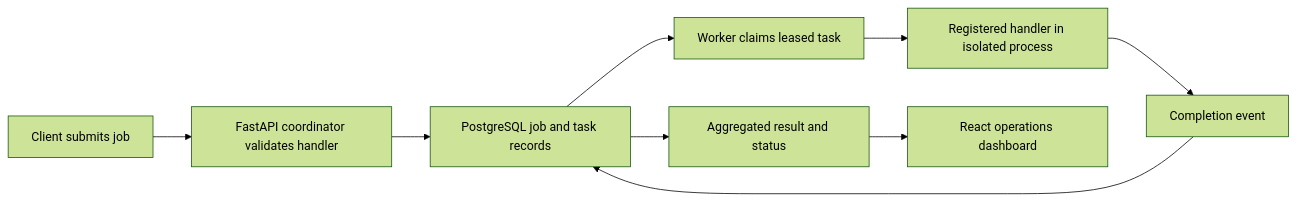
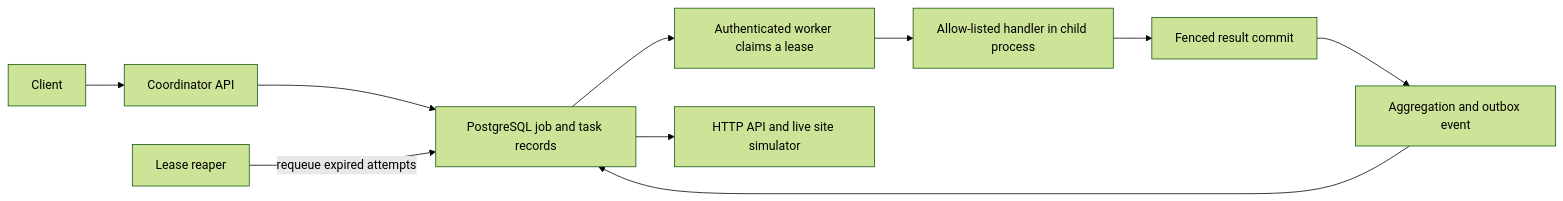
Before and after one commit to nihalmachhi/MeshCompute: the diagram in README.md, drawn with Mermaid (forest theme). The commit also changed other lines of this file and 24 other files, not shown here.

````diff
--- a/README.md
+++ b/README.md
@@ -18,11 +16,12 @@
 ```mermaid
 flowchart LR
-  A[Client submits job] --> B[FastAPI coordinator validates handler]
+  A[Client] --> B[Coordinator API]
   B --> C[PostgreSQL job and task records]
-  C --> D[Worker claims leased task]
-  D --> E[Registered handler in isolated process]
-  E --> F[Completion event]
-  F --> C
-  C --> G[Aggregated result and status]
-  G --> H[React operations dashboard]
+  C --> D[Authenticated worker claims a lease]
+  D --> E[Allow-listed handler in child process]
+  E --> F[Fenced result commit]
+  F --> G[Aggregation and outbox event]
+  G --> C
+  C --> H[HTTP API and live site simulator]
+  R[Lease reaper] -->|requeue expired attempts| C
 ```
````
